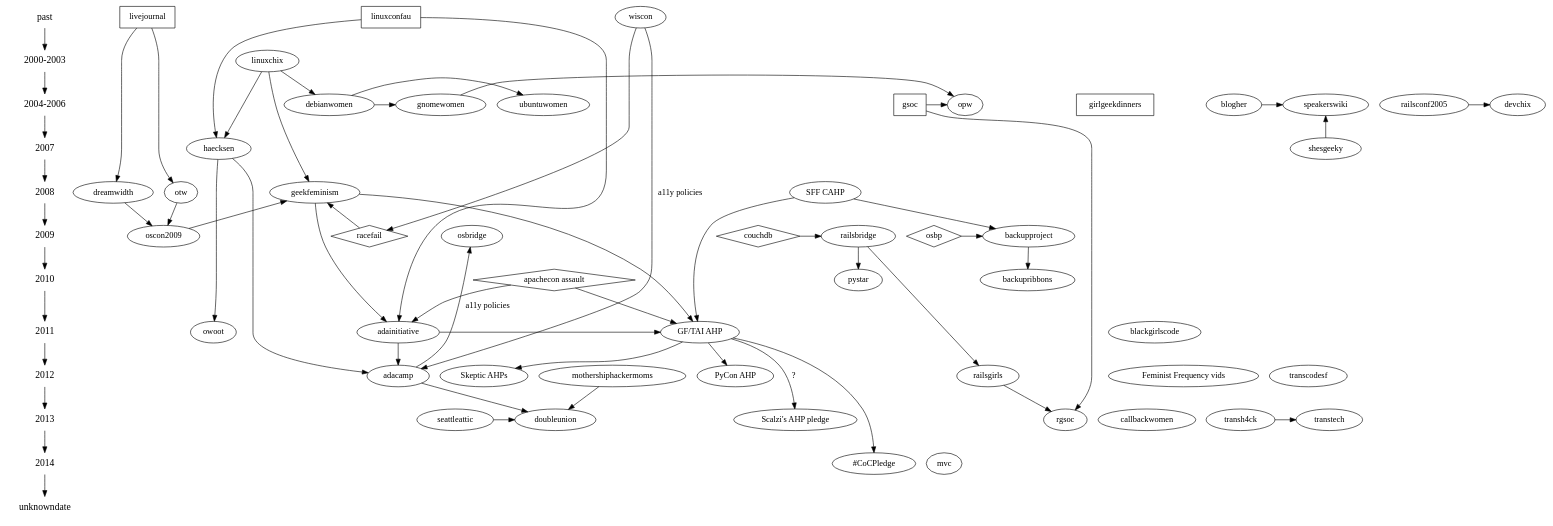
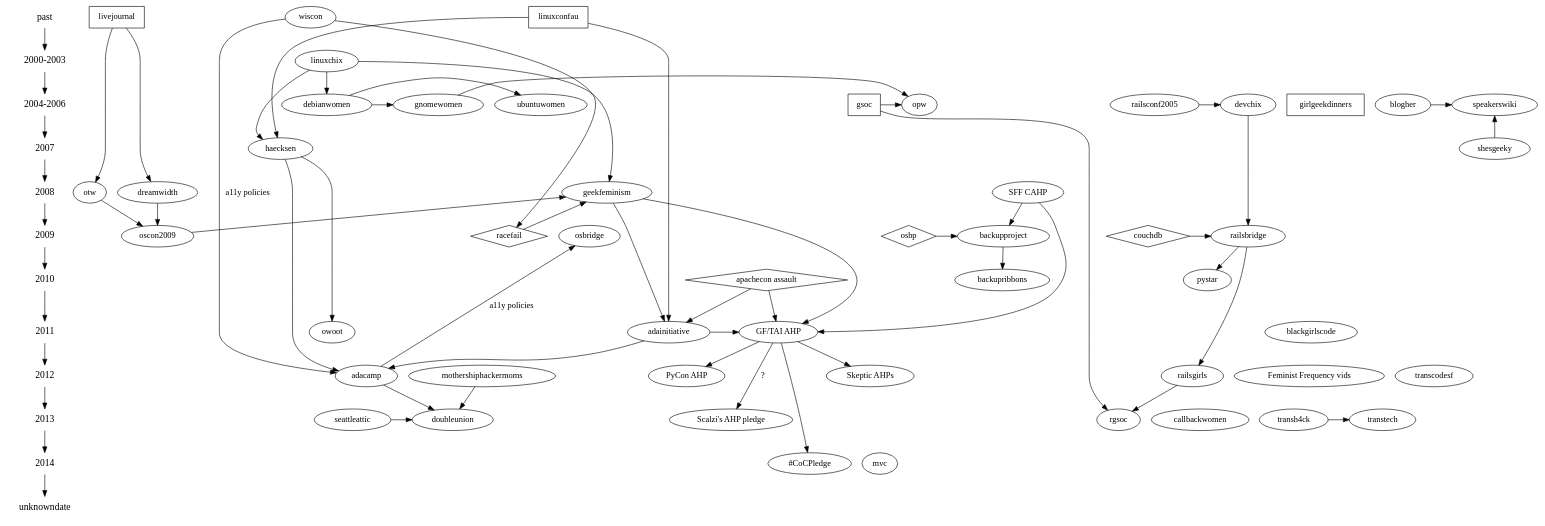
The diagram in gfft.dot (brainwane/gf-family-tree), drawn with Graphviz before and after one commit. The commit also changed 1 other file, not shown here.

Commit message:
connecting DevChix and RailsBridge because it was started by DevChix folks and organized on the DevChix wiki

```diff
--- a/gfft.dot
+++ b/gfft.dot
@@ -1,160 +1,161 @@
 digraph GeekFeminismFamilyTree {
 
   /*
      The following shapes are used for different types of things:
      oval = geek feminist/women-in-tech/etc organisation
      rectangle = orgs that aren't particularly feminist, but are influential
      diamond = event/incident (cf. GF wiki "Timeline of Incidents")
   */
 
   /*
      And this section lays out the history in terms of years.
   */
 
   {
     node [shape=plaintext, fontsize=16];
     past -> "2000-2003" -> "2004-2006" -> 2007 -> 2008 -> 2009 -> 2010 -> 2011 -> 2012 -> 2013 -> 2014 -> unknowndate;
   }
   { rank = same; past; livejournal; wiscon; linuxconfau}
   { rank = same; "2000-2003"; linuxchix; }
   { rank = same; "2004-2006"; gsoc; opw; ubuntuwomen; gnomewomen; debianwomen; girlgeekdinners; blogher; speakerswiki; railsconf2005; devchix}
   { rank = same; 2007; haecksen; shesgeeky; }
   { rank = same; 2008; "SFF CAHP"; geekfeminism; dreamwidth; otw; }
   { rank = same; 2009; oscon2009; racefail; couchdb; railsbridge; osbp; backupproject; osbridge; }
   { rank = same; 2010; "apachecon assault"; backupribbons;}
   { rank = same; 2011; adainitiative; "GF/TAI AHP"; owoot; blackgirlscode }
   { rank = same; 2012; adacamp; railsgirls; "Skeptic AHPs"; "PyCon AHP"; "Feminist Frequency vids"; transcodesf; }
   { rank = same; 2013; seattleattic; doubleunion; rgsoc; callbackwomen; "Scalzi's AHP pledge"; transh4ck; transtech; }
   { rank = same; 2014; mvc; "#CoCPledge"; }
   { rank = same; 2014; mvc }
   { rank = same; unknowndate; }
 
   /* GGD explicitly identify as non-feminist
    * news.bbc.co.uk/2/hi/technology/8663593.stm */
   girlgeekdinners [shape=rectangle]
 
   /* Skud set up the GF wiki in 2008, mostly inspired by earlier "women
    * in open source" communities such as linuxchix */
   linuxchix -> geekfeminism;
 
   /* in 2009, Racefail introduced Skud and other GF wiki contributors to
    * a lot of new ideas */
   racefail -> geekfeminism;
   racefail [shape=diamond];
 
   /* in 2010, the Noirin Plunkett's assault at ApacheCon triggered
    * discussions about anti-harassment that would lead to the formation
    * of the Ada Initiative */
   "apachecon assault" -> adainitiative;
   "apachecon assault" [shape=diamond];
 
   /* GF (esp. volunteer burnout) was an influence on TAI */
   geekfeminism -> adainitiative;
 
   /* The first TAI discussions were held at LCA */
   linuxconfau -> adainitiative;
   linuxconfau [shape=rectangle];
 
   /* TAI wrote the first conf anti-harassment poilcy in response to the
    * apachecon assault */
   "apachecon assault" -> "GF/TAI AHP"
   "geekfeminism" -> "GF/TAI AHP"
   "adainitiative" -> "GF/TAI AHP"
 
   /* The Con Anti-Harassment Policy (out of SFF fandom) also inspired it */
   "SFF CAHP" -> "GF/TAI AHP"
 
   /* Vaguely related: Open Source Boob Project and Backup Project */
   osbp -> backupproject
   osbp [shape=diamond]
   "SFF CAHP" -> backupproject
   backupproject -> backupribbons;
 
   /* The GF/TAI AHP inspired the PyCon variant */
   "GF/TAI AHP" -> "PyCon AHP";
 
   /* The GF/TAI AHP inspired the skeptic variants */
   "GF/TAI AHP" -> "Skeptic AHPs";
   "GF/TAI AHP" -> "#CoCPledge";
 
   /* Causation here is less clear. */
   "GF/TAI AHP" -> "Scalzi's AHP pledge" [label="?"];
 
   adainitiative -> adacamp;
 
   /* Adacamp was inspired in some ways by Wiscon, eg. accessibility */
   wiscon -> adacamp [label="a11y policies"];
   /* and then open source bridge picked up some of that from adacamp */
   adacamp -> osbridge [label="a11y policies"];
 
   /* DoubleUnion came out of AdaCamp SF in 2013 */
   adacamp -> doubleunion;
   /* pretty sure mothership hackermoms was also an inspiration? */
   mothershiphackermoms -> doubleunion;
   seattleattic -> doubleunion;
 
   /* Various early women-in-open-source mailing lists etc */
   linuxchix -> debianwomen;
   debianwomen -> ubuntuwomen;
   /* Direct ancestry, because Hanna Wallach did debianwomen first and
    * then GNOME Women, and was never a big participant in LinuxChix*/
   debianwomen -> gnomewomen;
   haecksen -> owoot;
 
   /* Gnome Outreach Program for Women, now FOSS OPW */
   gnomewomen -> opw;
   /* "The Outreach Program for Women (OPW) was inspired by Google's
    * Summer of Code and by how few women applied for it."
    * via gnome.org/opw (why can't I include double slashes in a comment?)
    */
   gsoc -> opw;
   gsoc [shape=rectangle]
 
   /* LinuxChix inspired the Haecksen miniconf at LCA */
   linuxchix -> haecksen;
   linuxconfau -> haecksen;
 
   /* Both creations of Mary Gardiner's, one of the inputs to AdaCamp is
      what wasn't possible with Haecksen */
   haecksen -> adacamp;
 
   /* RailsBridge happened in response to the CouchDB incident at
    * GoGaRuCo */
   couchdb -> railsbridge;
   couchdb [shape=diamond];
   railsbridge -> pystar;
   railsbridge -> railsgirls;
 
   /* There's now a rails girls summer of code */
 
   railsgirls -> rgsoc;
   gsoc -> rgsoc;
 
   wiscon -> racefail;
 
   /* Livejournal (esp. their fail) inspired DW and OTW */
   livejournal -> dreamwidth;
   livejournal -> otw;
   livejournal [shape=rectangle]
 
   /* Dreamwidth and OTW inspired Skud's 2009 OSCON keynote */
   dreamwidth -> oscon2009;
   otw -> oscon2009;
 
   /* GF blog came out of the oscon2009 keynote, as a place to have
    * ongoing conversations */
   oscon2009 -> geekfeminism;
 
   /* Trans*H4CK inspired the Transtech meetups
    * lukasblakk.com/why-i-was-part-of-creating-a-thing-called-transtech/ */
   transh4ck -> transtech;
 
   /* Speaker's wiki (www.socialtext.net/speakers) came out of BlogHer
    * '05 and is supported by She's Geeky */
   blogher -> speakerswiki;
   shesgeeky -> speakerswiki;
 
   /* Desi McAdam started DevChix in 2005 with initial membership from user groups and RailsConf 2005 */
-  railsconf2005 -> devchix;
+  /* And RailsBridge planning started on the DevChix wiki...which no longer exists */
+  railsconf2005 -> devchix -> railsbridge;
 
 }
```
